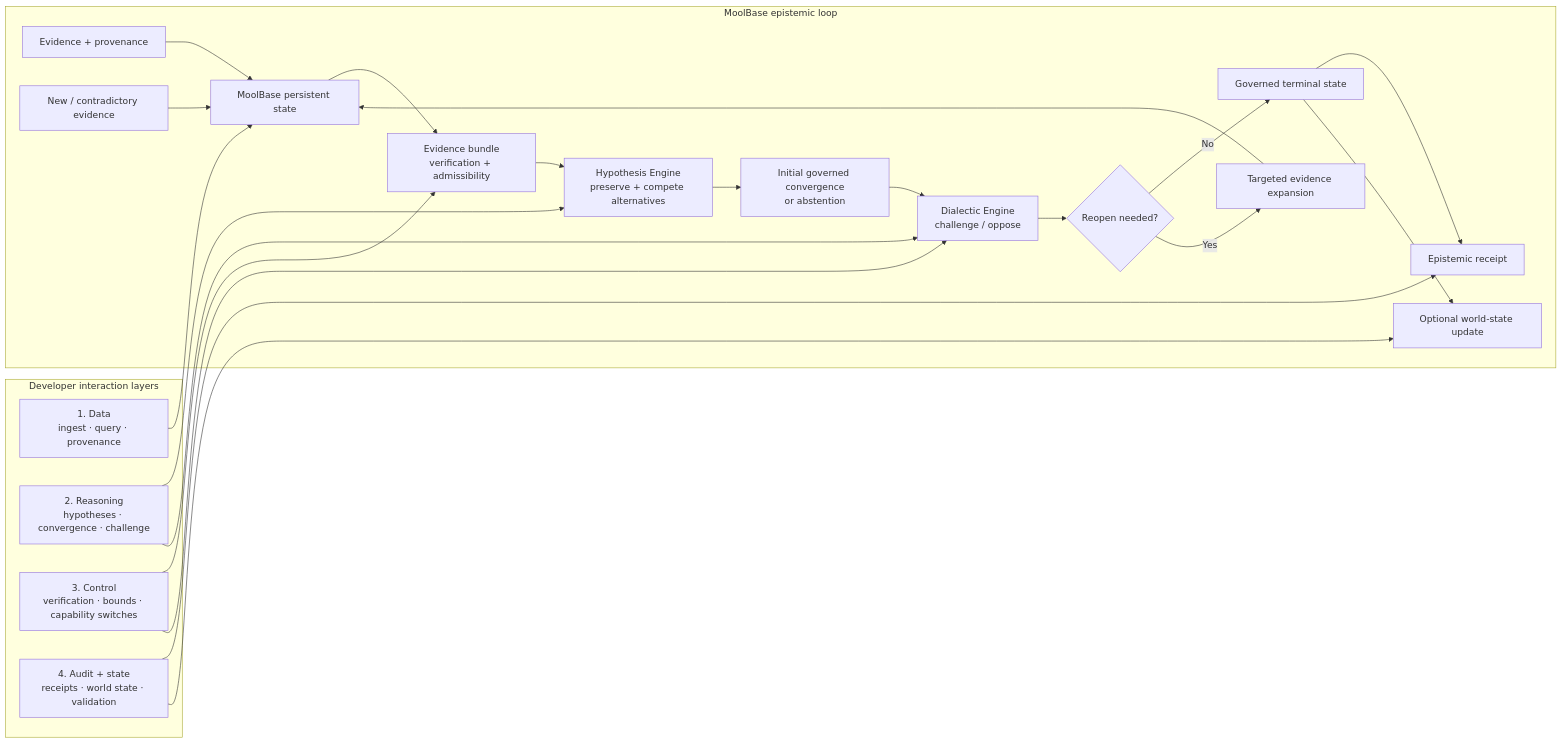
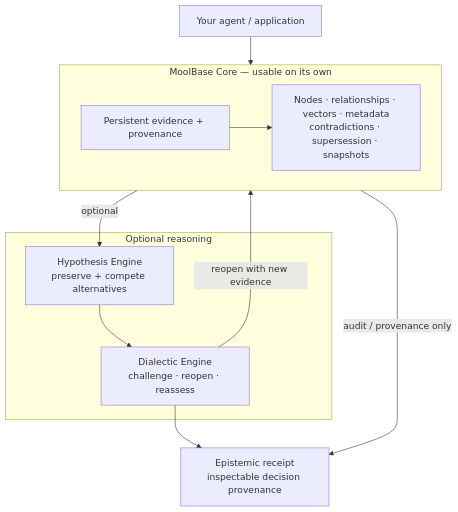
The diagram in README.md (rastogivaibhav/MoolBase), drawn with Mermaid before and after one commit. The commit also changed other lines of this file, not shown here.

Commit message:
docs: lead with MoolBase Core and concrete database examples

````diff
--- a/README.md
+++ b/README.md
@@ -80,32 +244,24 @@
 ```mermaid
-flowchart LR
-    subgraph DEV["Developer interaction layers"]
-      L1["1. Data<br/>ingest · query · provenance"]
-      L2["2. Reasoning<br/>hypotheses · convergence · challenge"]
-      L3["3. Control<br/>verification · bounds · capability switches"]
-      L4["4. Audit + state<br/>receipts · world state · validation"]
+flowchart TB
+    A["Your agent / application"]
+
+    subgraph CORE["MoolBase Core — usable on its own"]
+      M["Persistent evidence + provenance"]
+      DB["Nodes · relationships · vectors · metadata<br/>contradictions · supersession · snapshots"]
+      M --> DB
     end
 
-    subgraph LOOP["MoolBase epistemic loop"]
-      E["Evidence + provenance"] --> M["MoolBase persistent state"]
-      M --> B["Evidence bundle<br/>verification + admissibility"]
-      B --> H["Hypothesis Engine<br/>preserve + compete alternatives"]
-      H --> C["Initial governed convergence<br/>or abstention"]
-      C --> D["Dialectic Engine<br/>challenge / oppose"]
-      D --> Q{"Reopen needed?"}
-      Q -->|No| T["Governed terminal state"]
-      Q -->|Yes| X["Targeted evidence expansion"]
-      X --> M
-      N["New / contradictory evidence"] --> M
-      T --> R["Epistemic receipt"]
-      T --> W["Optional world-state update"]
+    subgraph OPTIONAL["Optional reasoning"]
+      H["Hypothesis Engine<br/>preserve + compete alternatives"]
+      D["Dialectic Engine<br/>challenge · reopen · reassess"]
+      H --> D
     end
 
-    L1 --> M
-    L2 --> H
-    L2 --> D
-    L3 --> B
-    L3 --> D
-    L4 --> R
-    L4 --> W
+    R["Epistemic receipt<br/>inspectable decision provenance"]
+
+    A --> CORE
+    CORE -->|optional| H
+    D -->|reopen with new evidence| CORE
+    D --> R
+    CORE -->|audit / provenance only| R
 ```
````
